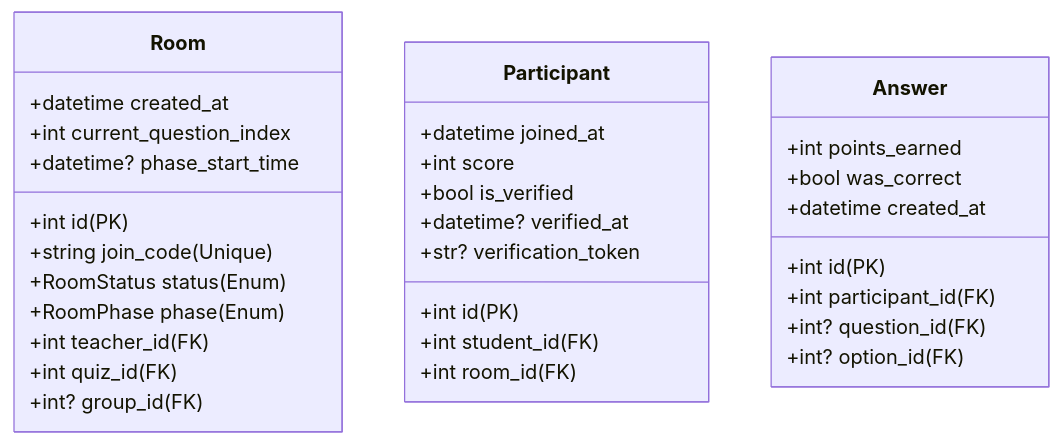
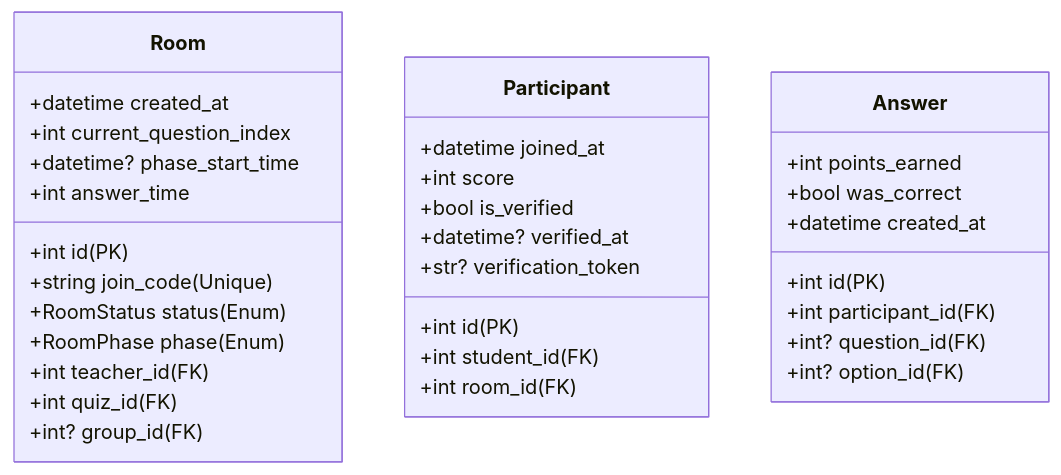
One commit to frangago71/quizzie-TFG changed the third of 4 diagrams in docs/modelo_de_datos.md. Above: the diagram before and after it, drawn with Mermaid. The commit also changed other lines of this file and 2 other files, not shown here.

Commit message:
feat: make time to answer a parameter
Refs #9

````diff
--- a/docs/modelo_de_datos.md
+++ b/docs/modelo_de_datos.md
@@ -108,37 +109,38 @@
 ```mermaid
 classDiagram
     direction TB
     class Room {
             +int id (PK)
             +string join_code (Unique)
             +RoomStatus status (Enum)
             +datetime created_at
             +int current_question_index
             +RoomPhase phase (Enum)
             +datetime? phase_start_time
+            +int answer_time
             +int teacher_id (FK)
             +int quiz_id (FK)
             +int? group_id (FK)
         }
 
     class Participant {
         +int id (PK)
         +datetime joined_at
         +int score
         +bool is_verified
         +datetime? verified_at  
         +str? verification_token
         +int student_id (FK)
         +int room_id (FK)
     }
 
     class Answer {
         +int id (PK)
         +int points_earned
         +bool was_correct
         +datetime created_at
         +int participant_id (FK)
         +int? question_id (FK)
         +int? option_id (FK)
     }
 ```
````
